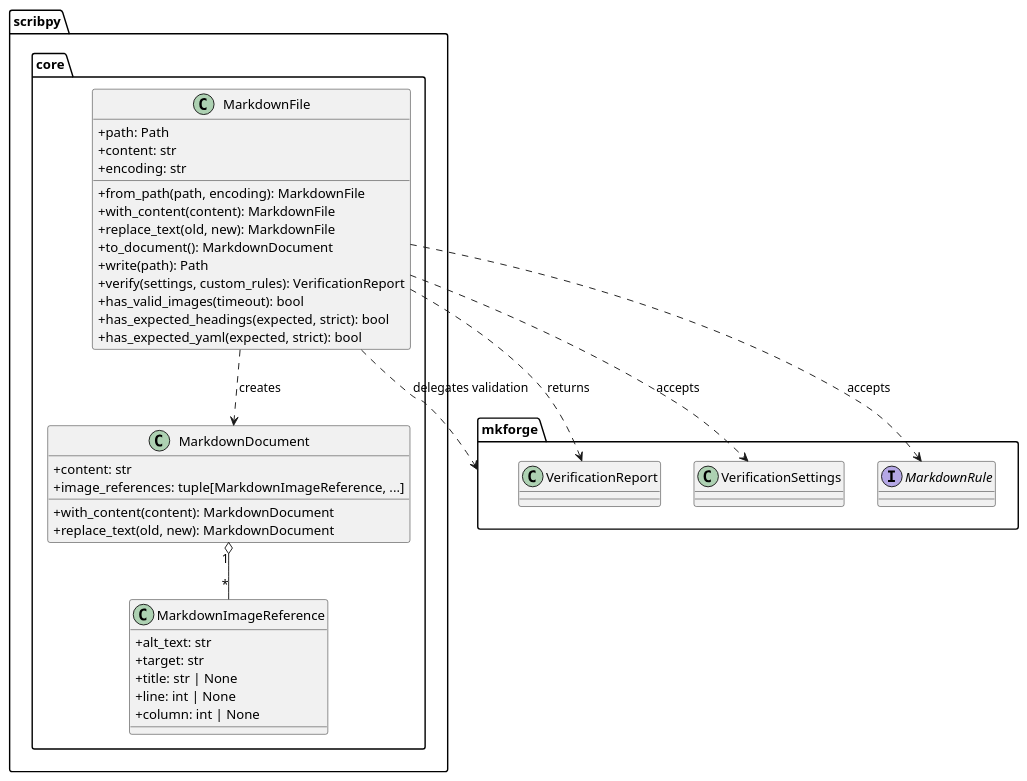
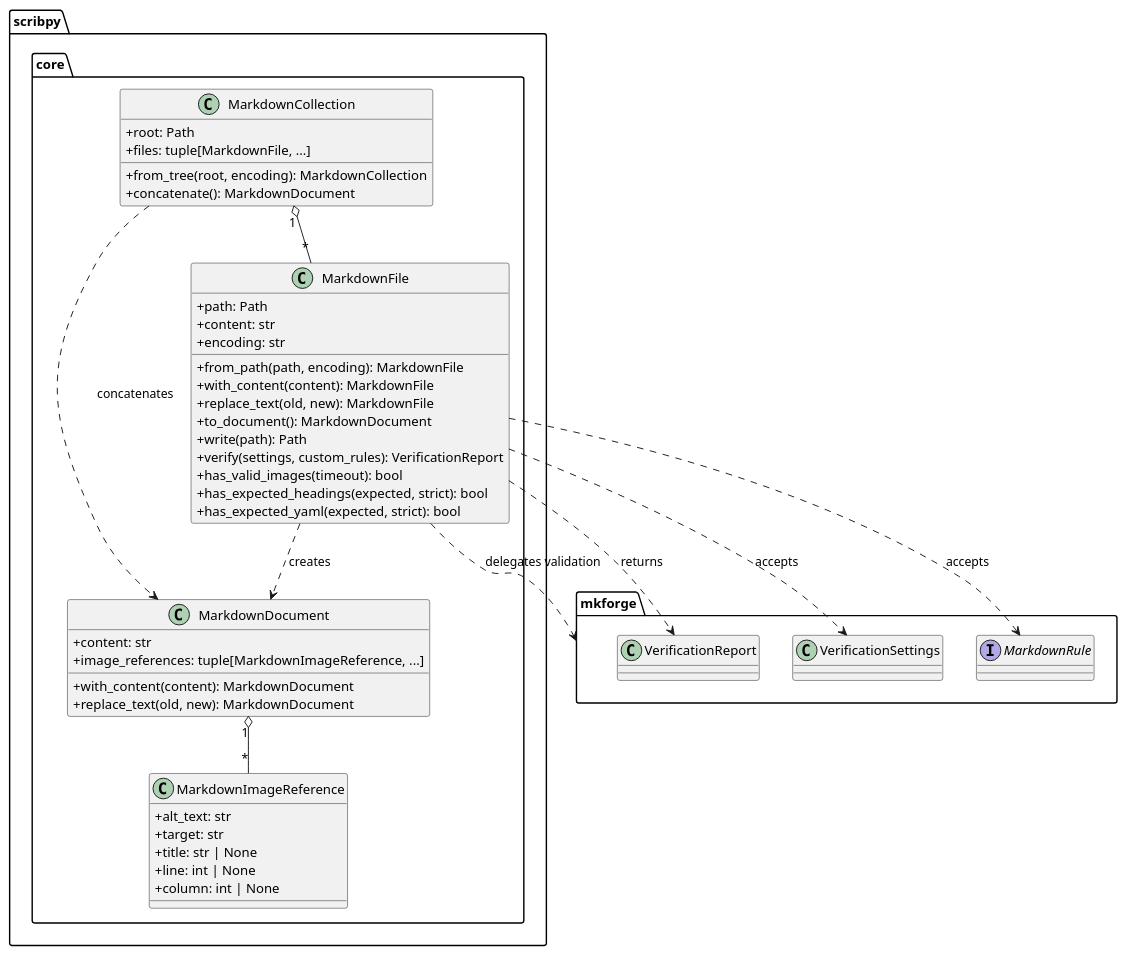
The first of 5 diagrams in doc/architecture-core.md (antoinebarre/scribpy), drawn with PlantUML before and after one commit. The commit also changed other lines of this file and 4 other files, not shown here.

````diff
--- a/doc/architecture-core.md
+++ b/doc/architecture-core.md
@@ -32,50 +34,59 @@
 ```plantuml
 @startuml
 skinparam classAttributeIconSize 0
 
 package "scribpy.core" {
   class MarkdownDocument {
     +content: str
     +image_references: tuple[MarkdownImageReference, ...]
     +with_content(content): MarkdownDocument
     +replace_text(old, new): MarkdownDocument
   }
 
   class MarkdownFile {
     +path: Path
     +content: str
     +encoding: str
     +from_path(path, encoding): MarkdownFile
     +with_content(content): MarkdownFile
     +replace_text(old, new): MarkdownFile
     +to_document(): MarkdownDocument
     +write(path): Path
     +verify(settings, custom_rules): VerificationReport
     +has_valid_images(timeout): bool
     +has_expected_headings(expected, strict): bool
     +has_expected_yaml(expected, strict): bool
   }
 
   class MarkdownImageReference {
     +alt_text: str
     +target: str
     +title: str | None
     +line: int | None
     +column: int | None
   }
+
+  class MarkdownCollection {
+    +root: Path
+    +files: tuple[MarkdownFile, ...]
+    +from_tree(root, encoding): MarkdownCollection
+    +concatenate(): MarkdownDocument
+  }
 }
 
 package "mkforge" {
   class VerificationReport
   class VerificationSettings
   interface MarkdownRule
 }
 
 MarkdownFile ..> VerificationReport : returns
 MarkdownFile ..> VerificationSettings : accepts
 MarkdownFile ..> MarkdownRule : accepts
 MarkdownFile ..> mkforge : delegates validation
 MarkdownFile ..> MarkdownDocument : creates
 MarkdownDocument "1" o-- "*" MarkdownImageReference
+MarkdownCollection "1" o-- "*" MarkdownFile
+MarkdownCollection ..> MarkdownDocument : concatenates
 @enduml
 ```
````
